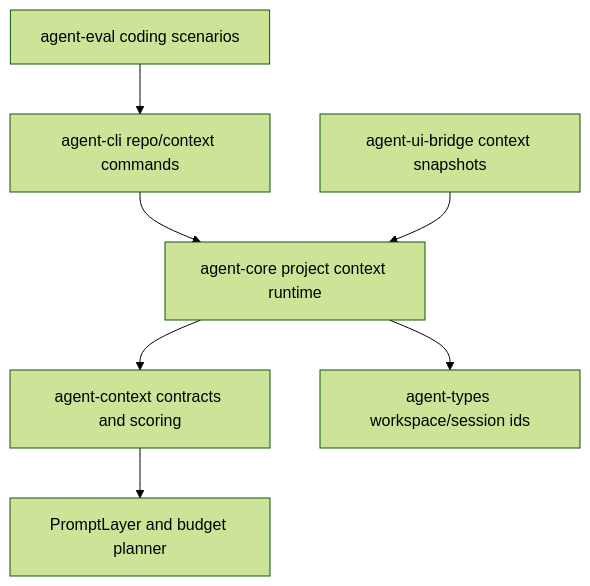
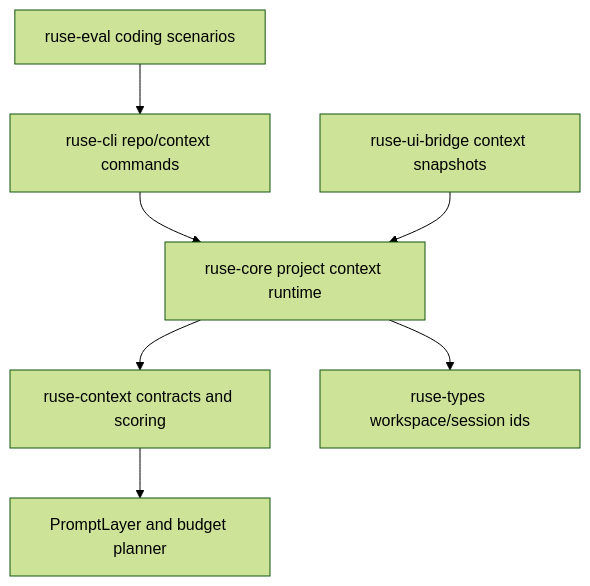
The diagram in docs/specs/M58-project-context-intelligence.spec.md (poneding/agent), drawn with Mermaid (forest theme) before and after one commit. The commit also changed other lines of this file and 2091 other files, not shown here.

First line of the commit message:
refactor: rename agent branding to ruse

````diff
--- a/docs/specs/M58-project-context-intelligence.spec.md
+++ b/docs/specs/M58-project-context-intelligence.spec.md
@@ -34,9 +34,9 @@
 ```mermaid
 flowchart TD
-  Core["agent-core project context runtime"] --> Context["agent-context contracts and scoring"]
-  Core --> Types["agent-types workspace/session ids"]
+  Core["ruse-core project context runtime"] --> Context["ruse-context contracts and scoring"]
+  Core --> Types["ruse-types workspace/session ids"]
   Context --> Prompt["PromptLayer and budget planner"]
-  CLI["agent-cli repo/context commands"] --> Core
-  Bridge["agent-ui-bridge context snapshots"] --> Core
-  Eval["agent-eval coding scenarios"] --> CLI
+  CLI["ruse-cli repo/context commands"] --> Core
+  Bridge["ruse-ui-bridge context snapshots"] --> Core
+  Eval["ruse-eval coding scenarios"] --> CLI
 ```
````
